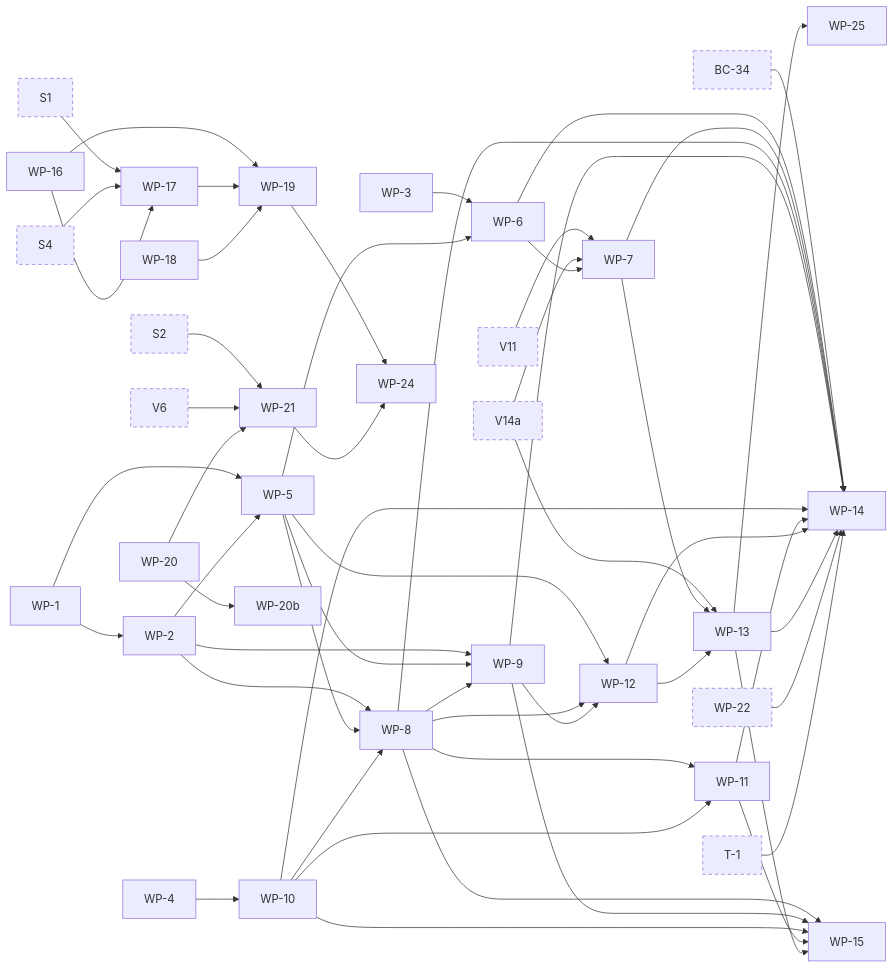
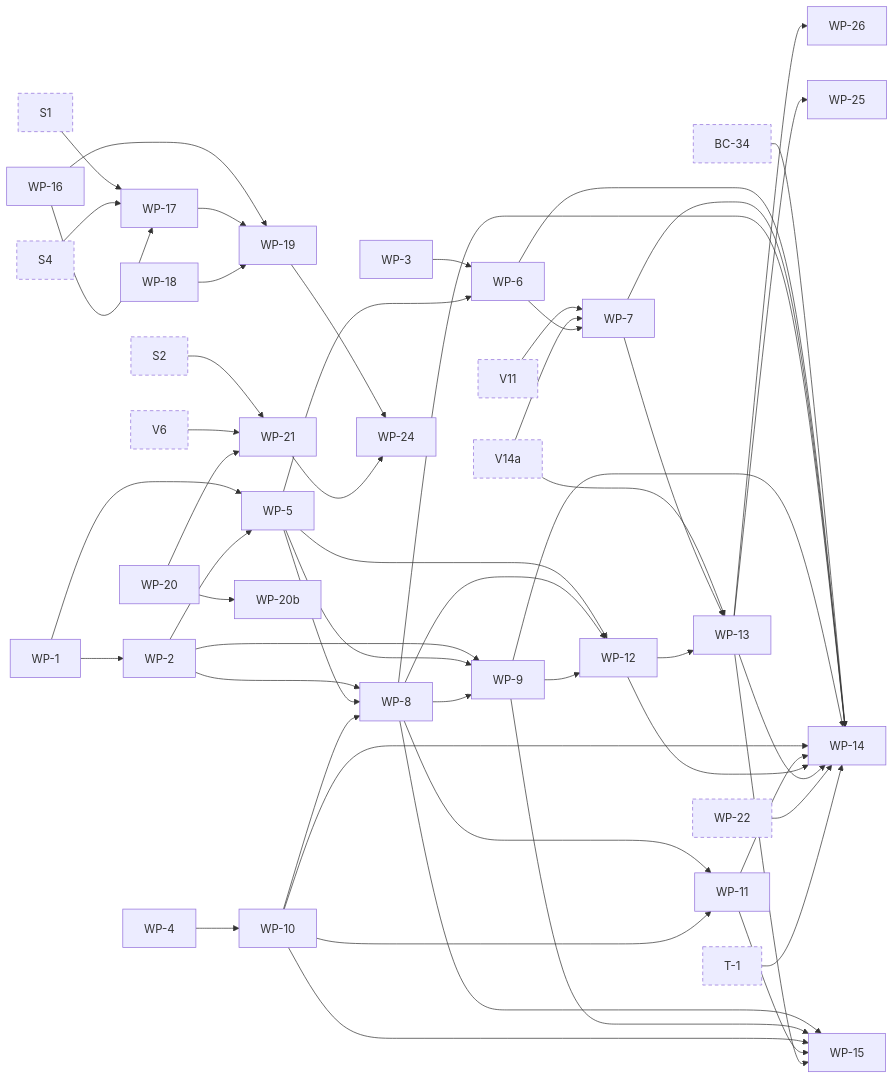
The eighth of 11 diagrams in docs/superpowers/plans/2026-10-13-phase-2/dependencies.md (jhoblitt/rgw-go), drawn with Mermaid before and after one commit. The commit also changed other lines of this file and 1 other file, not shown here.

Commit message:
docs(plan): add task WP-26, CompleteMultipartUpload's checksum
WP-13's re-review found that CompleteMultipartUpload's response shows
the combined plaintext checksum of an SSE-C or SSE-KMS upload that
radosgw began to a requester without the key, the value WP-13 now
hides from ListParts. radosgw renders it whatever the request carries;
AWS asks for the key or kms:Decrypt. The response code predates WP-13,
so it becomes task WP-26 before WP-13 merges.

```diff
--- a/docs/superpowers/plans/2026-10-13-phase-2/dependencies.md
+++ b/docs/superpowers/plans/2026-10-13-phase-2/dependencies.md
@@ -822,6 +822,7 @@
   t_WP_21["WP-21"]
   t_WP_24["WP-24"]
   t_WP_25["WP-25"]
+  t_WP_26["WP-26"]
   t_S1["S1"]:::ext
   t_S2["S2"]:::ext
   t_S4["S4"]:::ext
@@ -883,6 +884,7 @@
   t_WP_19 --> t_WP_24
   t_WP_21 --> t_WP_24
   t_WP_13 --> t_WP_25
+  t_WP_13 --> t_WP_26
   click t_WP_1 href "https://github.com/jhoblitt/rgw-go/blob/main/docs/superpowers/plans/2026-10-13-phase-2/WP-write-path.md#task-wp-1-checksum-types-and-record" "WP-1: checksum types and record"
   click t_WP_2 href "https://github.com/jhoblitt/rgw-go/blob/main/docs/superpowers/plans/2026-10-13-phase-2/WP-write-path.md#task-wp-2-digests-and-combiners" "WP-2: digests and combiners"
   click t_WP_3 href "https://github.com/jhoblitt/rgw-go/blob/main/docs/superpowers/plans/2026-10-13-phase-2/WP-write-path.md#task-wp-3-trailer-values" "WP-3: trailer values"
@@ -907,6 +909,7 @@
   click t_WP_21 href "https://github.com/jhoblitt/rgw-go/blob/main/docs/superpowers/plans/2026-10-13-phase-2/WP-write-path.md#task-wp-21-get-layout" "WP-21: GET `?layout`"
   click t_WP_24 href "https://github.com/jhoblitt/rgw-go/blob/main/docs/superpowers/plans/2026-10-13-phase-2/WP-write-path.md#task-wp-24-layout-and-otp-gate" "WP-24: `?layout` and otp gate"
   click t_WP_25 href "https://github.com/jhoblitt/rgw-go/blob/main/docs/superpowers/plans/2026-10-13-phase-2/WP-write-path.md#task-wp-25-getobjectattributes-requires-both-of-its-permissions" "WP-25: GetObjectAttributes requires both of its permissions"
+  click t_WP_26 href "https://github.com/jhoblitt/rgw-go/blob/main/docs/superpowers/plans/2026-10-13-phase-2/WP-write-path.md#task-wp-26-completemultipartupload-hides-an-encrypted-uploads-checksum-from-a-requester-without-its-key" "WP-26: CompleteMultipartUpload hides an encrypted upload's checksum from a requester without its key"
   click t_S1 href "https://github.com/jhoblitt/rgw-go/blob/main/docs/superpowers/plans/2026-10-13-phase-2/00-index.md#task-s1-fakeradoss-rgw-class-as-method-tables" "S1: fakerados's rgw class as method tables"
   click t_S2 href "https://github.com/jhoblitt/rgw-go/blob/main/docs/superpowers/plans/2026-10-13-phase-2/00-index.md#task-s2-route-sets-per-feature-and-the-env-slots" "S2: route sets per feature and the Env slots"
   click t_S4 href "https://github.com/jhoblitt/rgw-go/blob/main/docs/superpowers/plans/2026-10-13-phase-2/00-index.md#task-s4-fakerados-refuses-an-unregistered-class-method-at-op-setup" "S4: fakerados refuses an unregistered class method at op setup"
```
